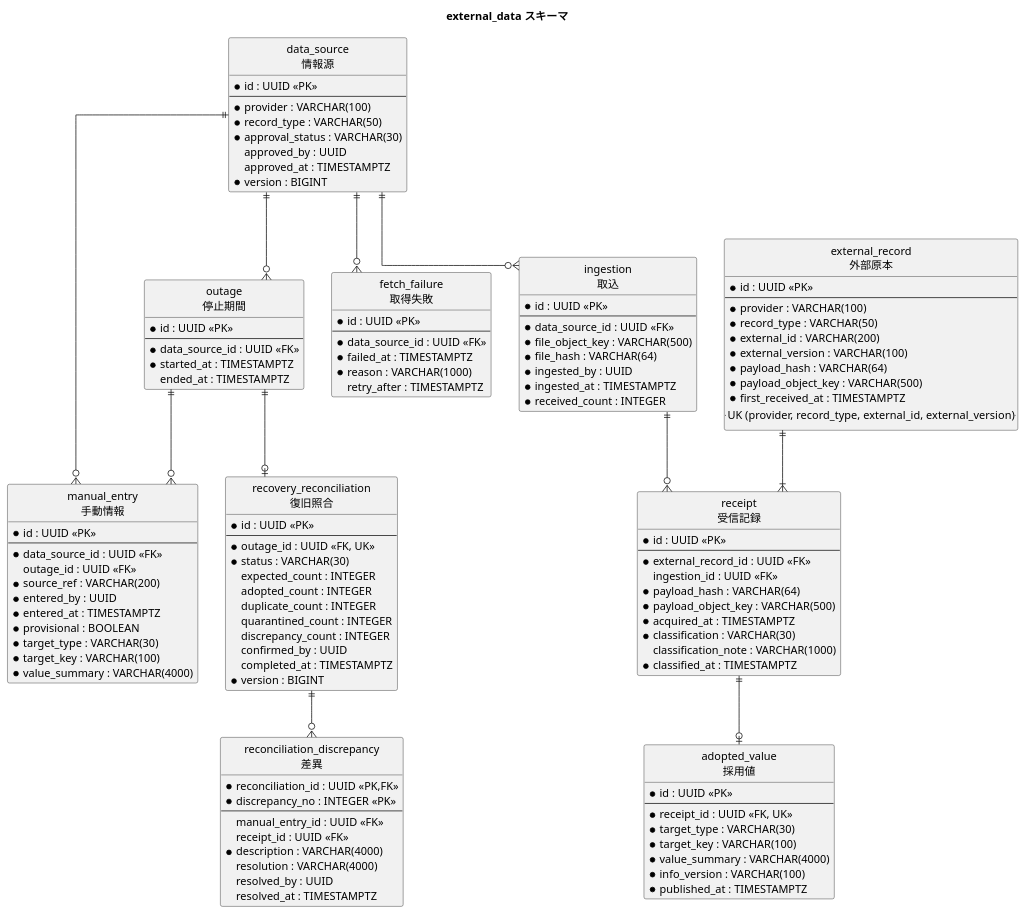
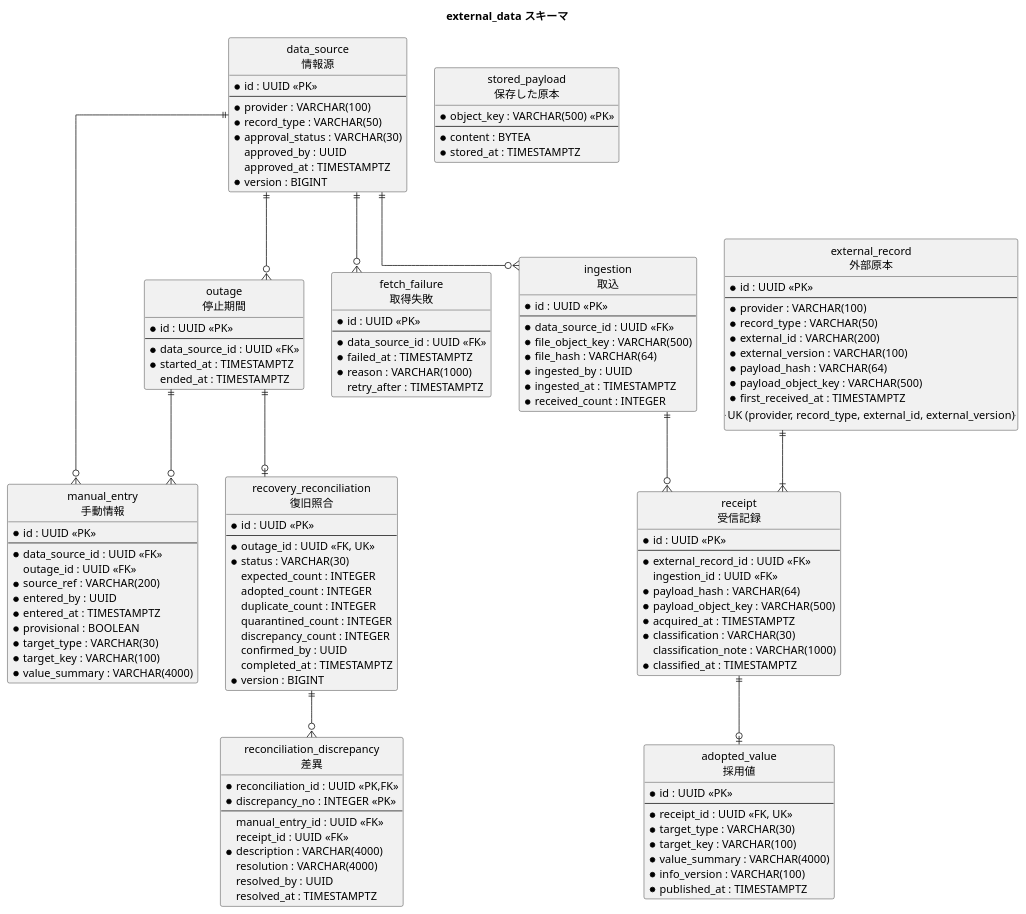
Before and after one commit to k2works/practical-domain-driven-design-in-enterpris-application: the eighth of 8 diagrams in docs/design/cargo-tracker/data_model.md, drawn with PlantUML. The commit also changed other lines of this file and 8 other files, not shown here.

```diff
--- a/docs/design/cargo-tracker/data_model.md
+++ b/docs/design/cargo-tracker/data_model.md
@@ -1026,6 +1026,12 @@
   * payload_object_key : VARCHAR(500)
   * first_received_at : TIMESTAMPTZ
   .. UK (provider, record_type, external_id, external_version) ..
+}
+entity "stored_payload\n保存した原本" as sp {
+  * object_key : VARCHAR(500) <<PK>>
+  --
+  * content : BYTEA
+  * stored_at : TIMESTAMPTZ
 }
 entity "receipt\n受信記録" as rc {
   * id : UUID <<PK>>
```
